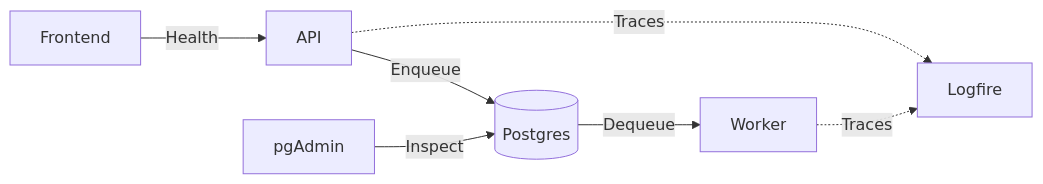
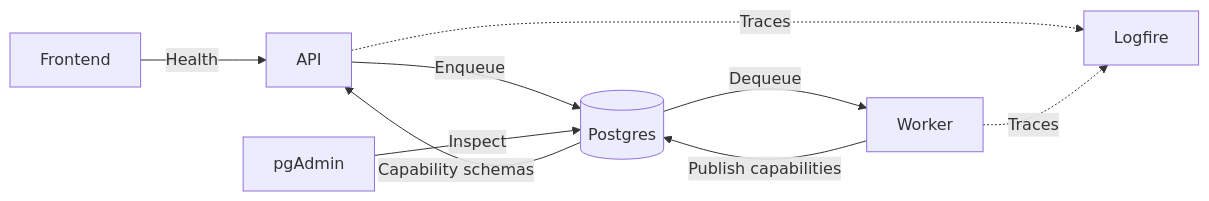
One commit to matescharnitzky/pydantic-agora changed the diagram in docs/architecture.md. Above: the diagram before and after it, drawn with Mermaid. The commit also changed other lines of this file and 22 other files, not shown here.

Commit message:
refactor: move capability registry and dispatch to worker

````diff
--- a/docs/architecture.md
+++ b/docs/architecture.md
@@ -5,9 +5,11 @@
 ```mermaid
 flowchart LR
     Frontend["Frontend"] -->|Health| API["API"]
     API -->|Enqueue| Postgres[("Postgres")]
     Postgres -->|Dequeue| Worker["Worker"]
+    Worker -->|Publish capabilities| Postgres
+    Postgres -->|Capability schemas| API
     pgAdmin -->|Inspect| Postgres
     API -.->|Traces| Logfire["Logfire"]
     Worker -.->|Traces| Logfire
 ```
````
